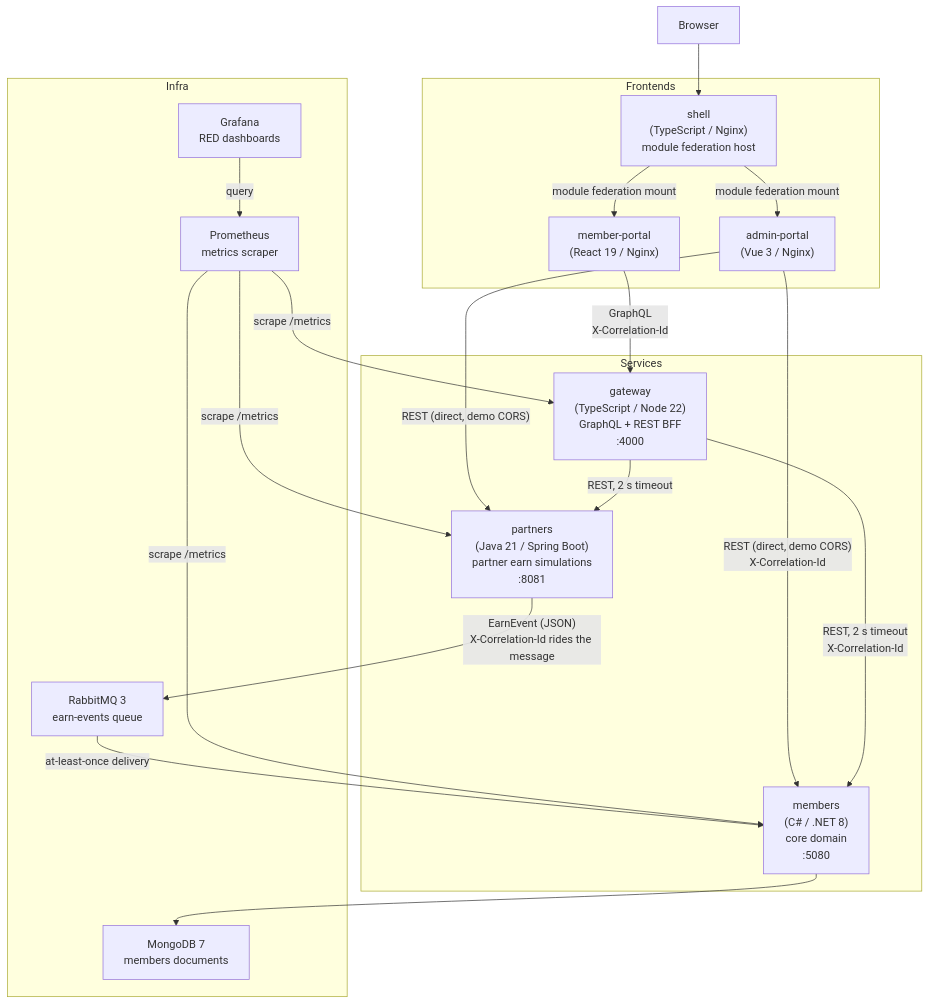
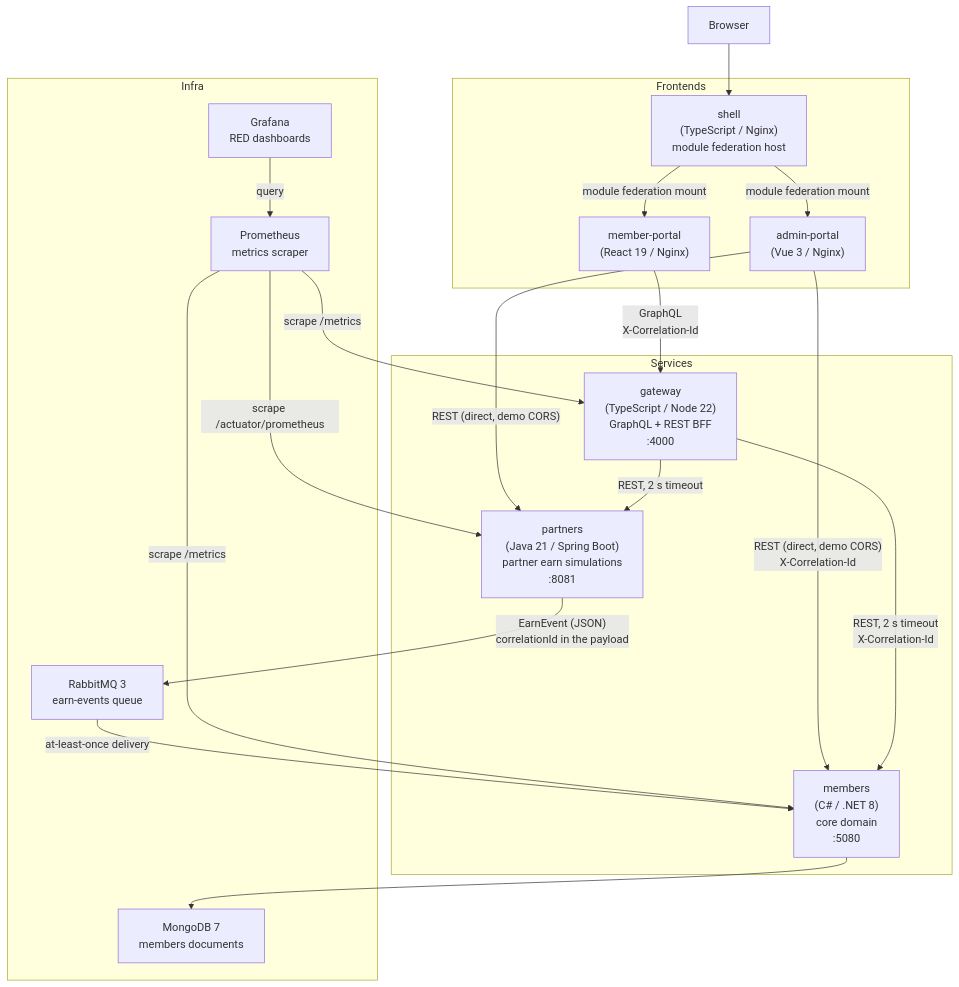
Before and after one commit to dankli/OspreyLoyalty: the diagram in docs/architecture.md, drawn with Mermaid. The commit also changed other lines of this file and 4 other files, not shown here.

````diff
--- a/docs/architecture.md
+++ b/docs/architecture.md
@@ -9,44 +9,44 @@
 ```mermaid
 flowchart TD
     Browser["Browser"]
 
     subgraph Frontends
-        Shell["shell\n(TypeScript / Nginx)\nmodule federation host"]
-        MemberPortal["member-portal\n(React 19 / Nginx)"]
-        AdminPortal["admin-portal\n(Vue 3 / Nginx)"]
+        Shell["shell<br/>(TypeScript / Nginx)<br/>module federation host"]
+        MemberPortal["member-portal<br/>(React 19 / Nginx)"]
+        AdminPortal["admin-portal<br/>(Vue 3 / Nginx)"]
     end
 
     subgraph Services
-        Gateway["gateway\n(TypeScript / Node 22)\nGraphQL + REST BFF\n:4000"]
-        Members["members\n(C# / .NET 8)\ncore domain\n:5080"]
-        Partners["partners\n(Java 21 / Spring Boot)\npartner earn simulations\n:8081"]
+        Gateway["gateway<br/>(TypeScript / Node 22)<br/>GraphQL + REST BFF<br/>:4000"]
+        Members["members<br/>(C# / .NET 8)<br/>core domain<br/>:5080"]
+        Partners["partners<br/>(Java 21 / Spring Boot)<br/>partner earn simulations<br/>:8081"]
     end
 
     subgraph Infra
-        RabbitMQ["RabbitMQ 3\nearn-events queue"]
-        Mongo["MongoDB 7\nmembers documents"]
-        Prometheus["Prometheus\nmetrics scraper"]
-        Grafana["Grafana\nRED dashboards"]
+        RabbitMQ["RabbitMQ 3<br/>earn-events queue"]
+        Mongo["MongoDB 7<br/>members documents"]
+        Prometheus["Prometheus<br/>metrics scraper"]
+        Grafana["Grafana<br/>RED dashboards"]
     end
 
     Browser --> Shell
     Shell -->|"module federation mount"| MemberPortal
     Shell -->|"module federation mount"| AdminPortal
 
-    MemberPortal -->|"GraphQL\nX-Correlation-Id"| Gateway
-    AdminPortal -->|"REST (direct, demo CORS)\nX-Correlation-Id"| Members
+    MemberPortal -->|"GraphQL<br/>X-Correlation-Id"| Gateway
+    AdminPortal -->|"REST (direct, demo CORS)<br/>X-Correlation-Id"| Members
     AdminPortal -->|"REST (direct, demo CORS)"| Partners
 
-    Gateway -->|"REST, 2 s timeout\nX-Correlation-Id"| Members
+    Gateway -->|"REST, 2 s timeout<br/>X-Correlation-Id"| Members
     Gateway -->|"REST, 2 s timeout"| Partners
 
-    Partners -->|"EarnEvent (JSON)\nX-Correlation-Id rides the message"| RabbitMQ
+    Partners -->|"EarnEvent (JSON)<br/>correlationId in the payload"| RabbitMQ
     RabbitMQ -->|"at-least-once delivery"| Members
 
     Members --> Mongo
 
     Prometheus -->|"scrape /metrics"| Members
     Prometheus -->|"scrape /metrics"| Gateway
-    Prometheus -->|"scrape /metrics"| Partners
+    Prometheus -->|"scrape /actuator/prometheus"| Partners
     Grafana -->|"query"| Prometheus
 ```
````
